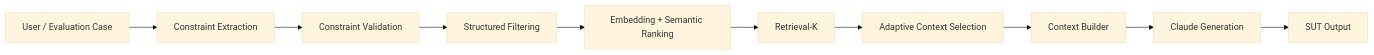
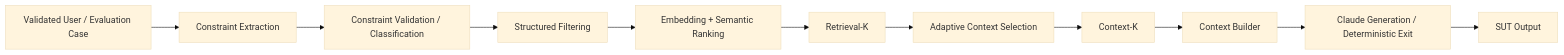
One commit to oleksandrserhieiev-beep/ai-qe-lab changed the third of 8 diagrams in docs/master_architecture.md. Above: the diagram before and after it, drawn with Mermaid (base theme). The commit also changed other lines of this file, not shown here.

Commit message:
docs: align master architecture with focused pipeline documents

````diff
--- a/docs/master_architecture.md
+++ b/docs/master_architecture.md
@@ -79,12 +79,13 @@
 ```mermaid
 flowchart LR
-    U["User / Evaluation Case"] --> CE["Constraint Extraction"]
-    CE --> CV["Constraint Validation"]
+    U["Validated User / Evaluation Case"] --> CE["Constraint Extraction"]
+    CE --> CV["Constraint Validation / Classification"]
     CV --> SF["Structured Filtering"]
     SF --> SR["Embedding + Semantic Ranking"]
     SR --> RK["Retrieval-K"]
     RK --> AS["Adaptive Context Selection"]
-    AS --> CB["Context Builder"]
-    CB --> LLM["Claude Generation"]
+    AS --> CK["Context-K"]
+    CK --> CB["Context Builder"]
+    CB --> LLM["Claude Generation / Deterministic Exit"]
     LLM --> OUT["SUT Output"]
 ```
````
